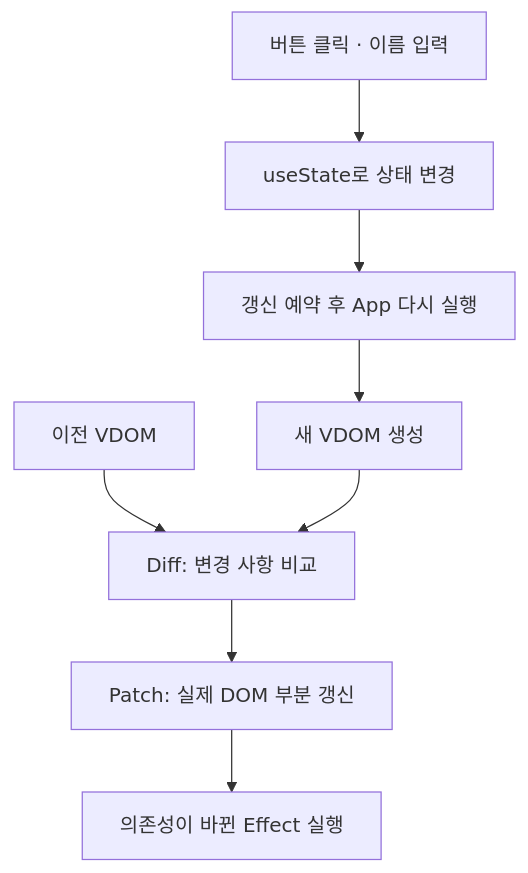
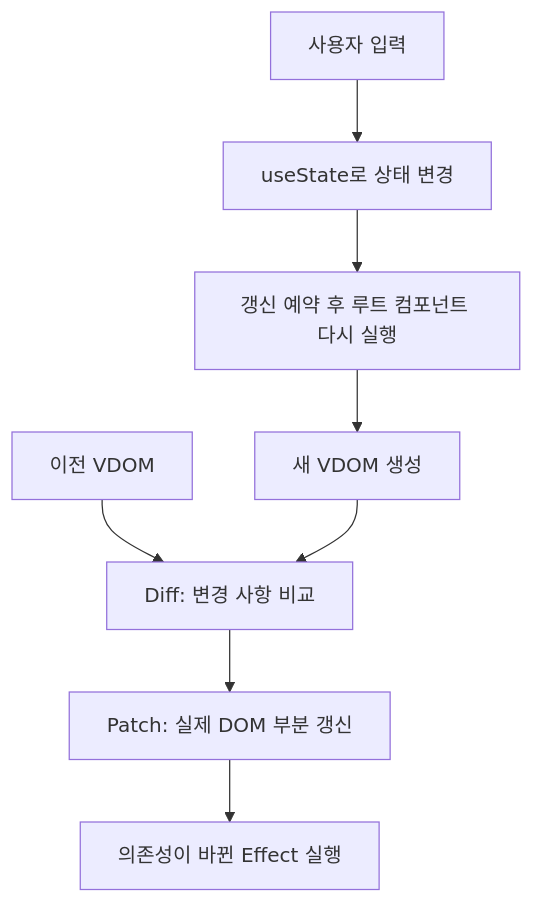
One commit to kimhyungwang/mini-react changed the diagram in README.md. Above: the diagram before and after it, drawn with Mermaid. The commit also changed other lines of this file, not shown here.

````diff
--- a/README.md
+++ b/README.md
@@ -11,10 +11,10 @@
 ```mermaid
 flowchart TD
-    Input[버튼 클릭 · 이름 입력] --> State[useState로 상태 변경]
-    State --> Render[갱신 예약 후 App 다시 실행]
+    Input[사용자 입력] --> State[useState로 상태 변경]
+    State --> Render[갱신 예약 후 루트 컴포넌트 다시 실행]
     Render --> Next[새 VDOM 생성]
     Previous[이전 VDOM] --> Diff[Diff: 변경 사항 비교]
     Next --> Diff
     Diff --> Patch[Patch: 실제 DOM 부분 갱신]
     Patch --> Effect[의존성이 바뀐 Effect 실행]
 ```
````
